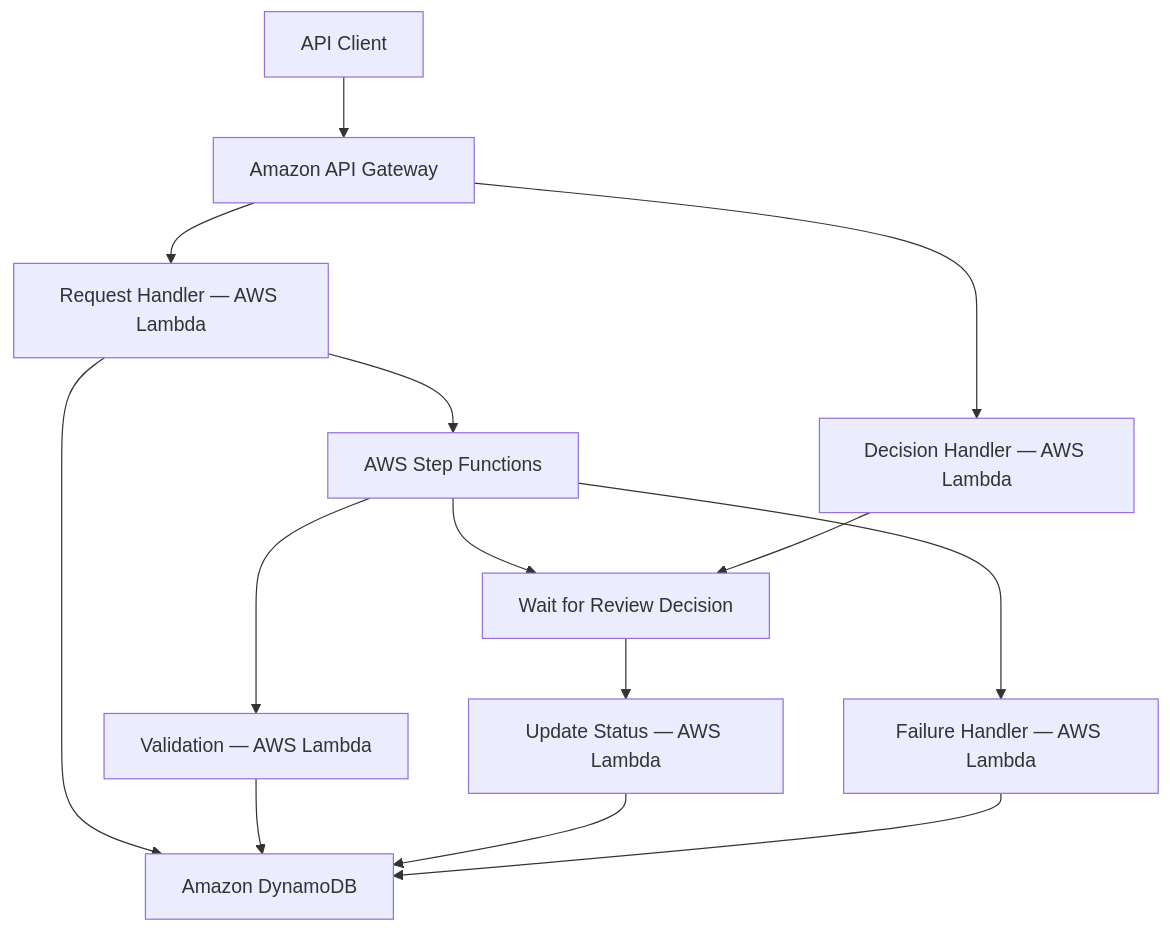
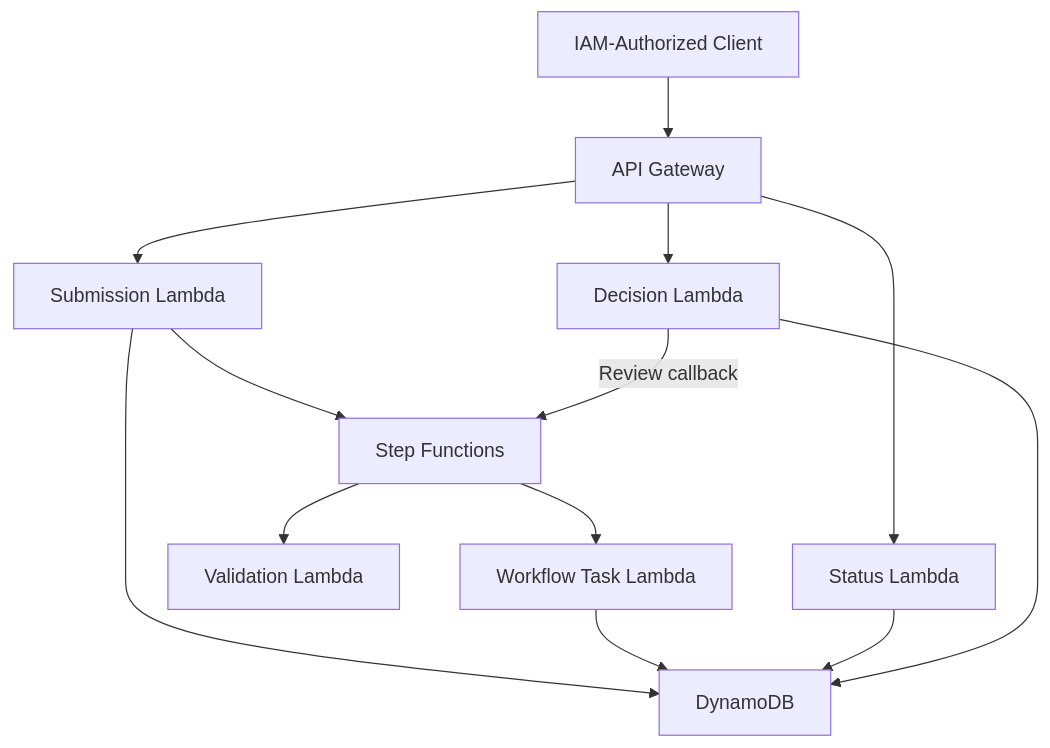
The diagram in README.md (auedmondson/aws-customer-onboarding-automation), drawn with Mermaid before and after one commit. The commit also changed other lines of this file, not shown here.

````diff
--- a/README.md
+++ b/README.md
@@ -24,16 +21,15 @@
 ```mermaid
 flowchart TD
-    Client["API Client"] --> API["Amazon API Gateway"]
-    API --> Handler["Request Handler — AWS Lambda"]
-    Handler --> DB["Amazon DynamoDB"]
-    Handler --> Workflow["AWS Step Functions"]
-    Workflow --> Validate["Validation — AWS Lambda"]
-    Validate --> DB
-    Workflow --> Review["Wait for Review Decision"]
-    API --> Decision["Decision Handler — AWS Lambda"]
-    Decision --> Review
-    Review --> Update["Update Status — AWS Lambda"]
-    Update --> DB
-    Workflow --> Failure["Failure Handler — AWS Lambda"]
-    Failure --> DB
+    Client["IAM-Authorized Client"] --> API["API Gateway"]
+    API --> Submit["Submission Lambda"]
+    API --> Status["Status Lambda"]
+    API --> Decision["Decision Lambda"]
+    Submit --> DB["DynamoDB"]
+    Submit --> Workflow["Step Functions"]
+    Workflow --> Validate["Validation Lambda"]
+    Workflow --> Tasks["Workflow Task Lambda"]
+    Tasks --> DB
+    Status --> DB
+    Decision --> DB
+    Decision -->|"Review callback"| Workflow
 ```
````
